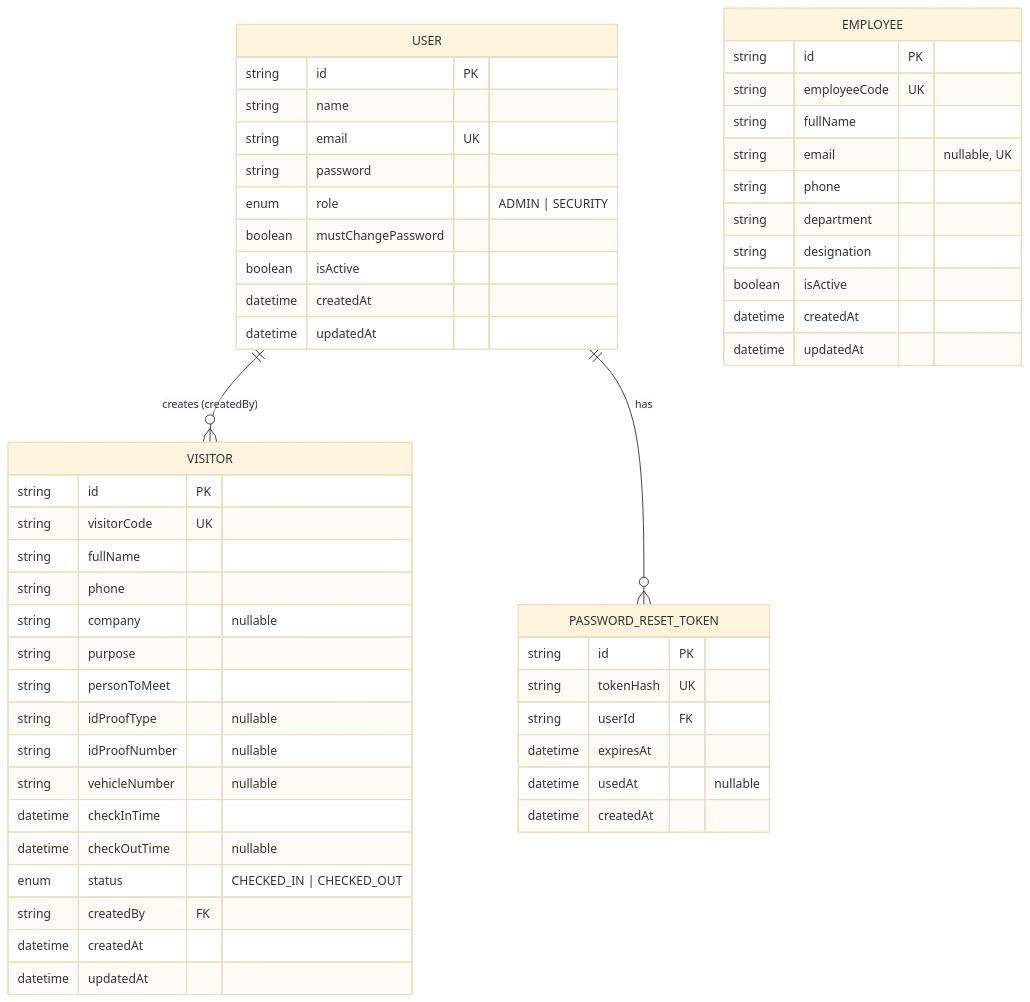
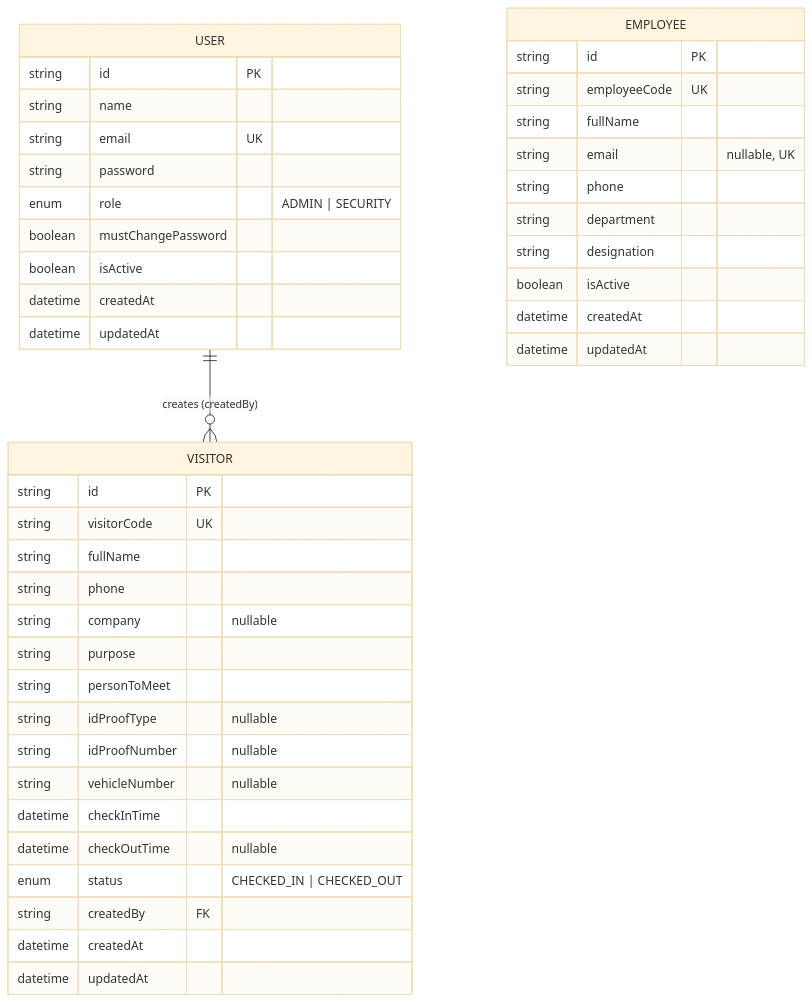
Before and after one commit to Yuvarajd05/Visitor-Management: the diagram in docs/ER-DIAGRAM.md, drawn with Mermaid (base theme). The commit also changed other lines of this file and 66 other files, not shown here.

````diff
--- a/docs/ER-DIAGRAM.md
+++ b/docs/ER-DIAGRAM.md
@@ -7,58 +7,48 @@
 ```mermaid
 erDiagram
     USER ||--o{ VISITOR : "creates (createdBy)"
-    USER ||--o{ PASSWORD_RESET_TOKEN : "has"
 
     USER {
         string id PK
         string name
         string email UK
         string password
         enum role "ADMIN | SECURITY"
         boolean mustChangePassword
         boolean isActive
         datetime createdAt
         datetime updatedAt
-    }
-
-    PASSWORD_RESET_TOKEN {
-        string id PK
-        string tokenHash UK
-        string userId FK
-        datetime expiresAt
-        datetime usedAt "nullable"
-        datetime createdAt
     }
 
     VISITOR {
         string id PK
         string visitorCode UK
         string fullName
         string phone
         string company "nullable"
         string purpose
         string personToMeet
         string idProofType "nullable"
         string idProofNumber "nullable"
         string vehicleNumber "nullable"
         datetime checkInTime
         datetime checkOutTime "nullable"
         enum status "CHECKED_IN | CHECKED_OUT"
         string createdBy FK
         datetime createdAt
         datetime updatedAt
     }
 
     EMPLOYEE {
         string id PK
         string employeeCode UK
         string fullName
         string email "nullable, UK"
         string phone
         string department
         string designation
         boolean isActive
         datetime createdAt
         datetime updatedAt
     }
 ```
````
